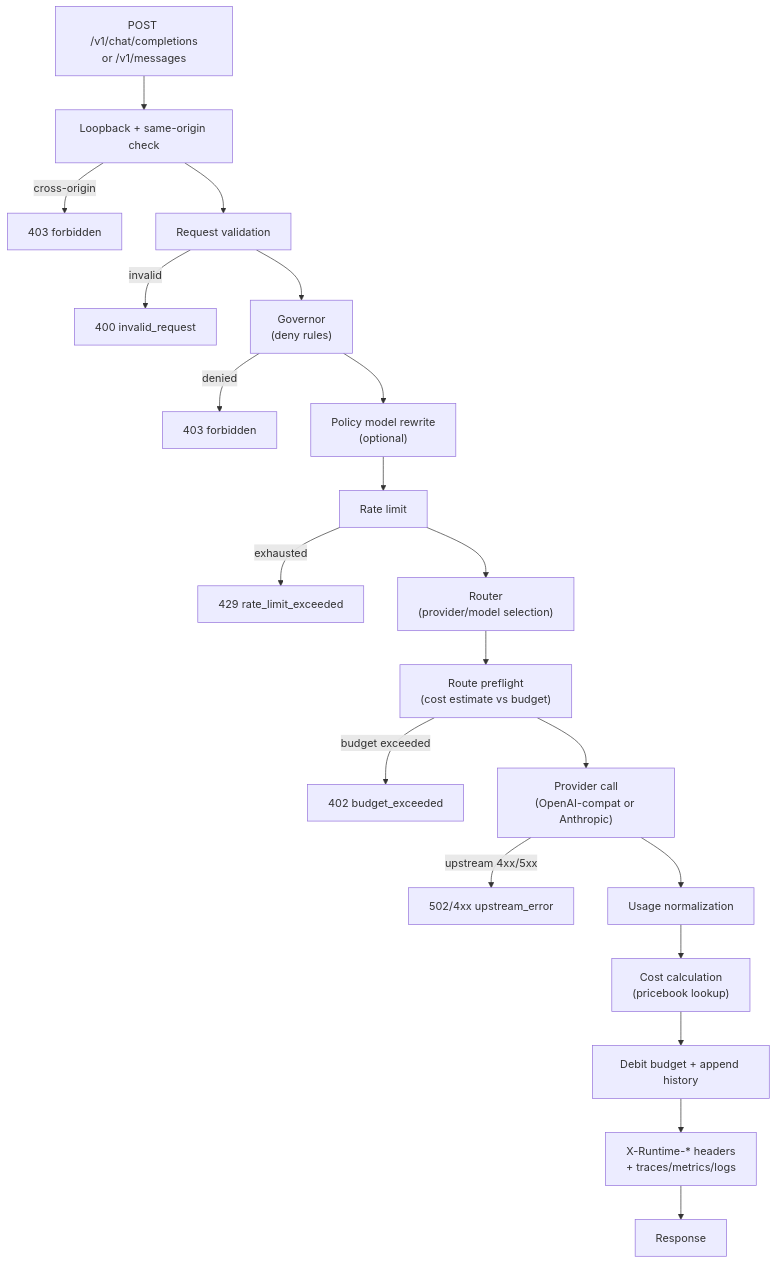
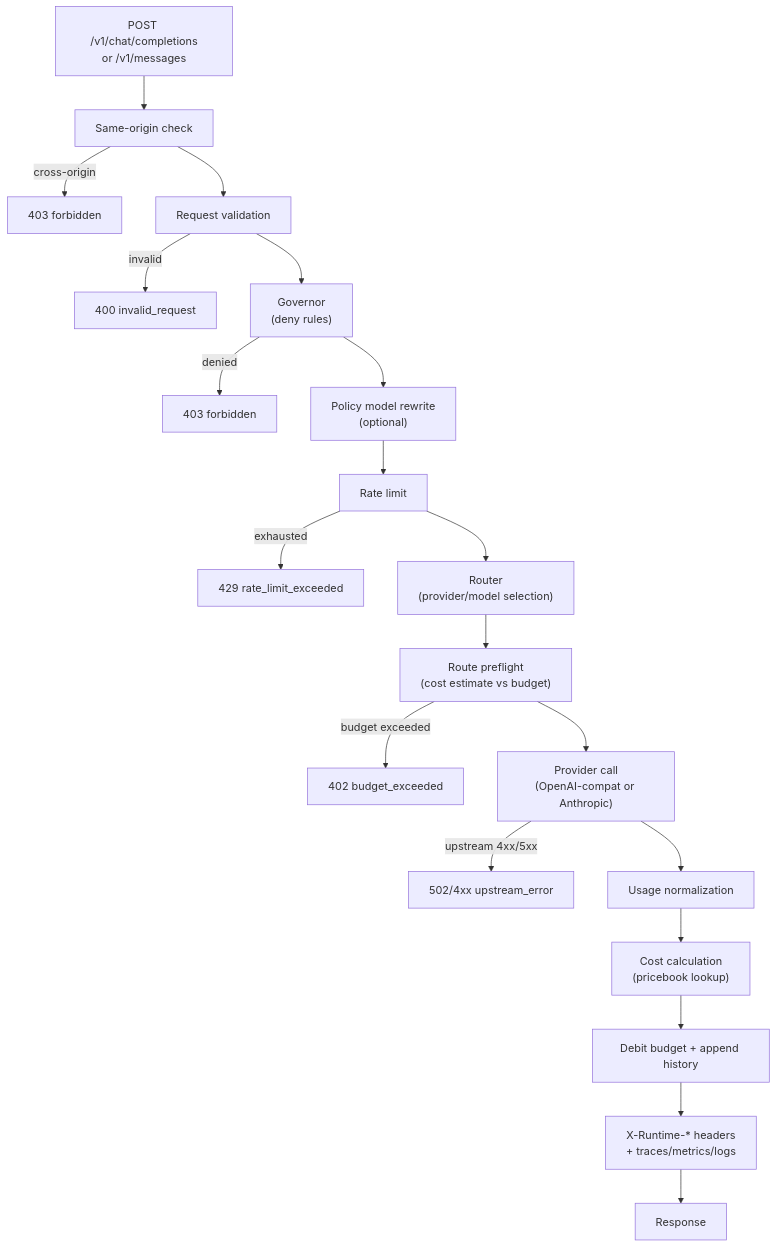
Before and after one commit to hecatehq/hecate: the first of 3 diagrams in docs/architecture.md, drawn with Mermaid. The commit also changed other lines of this file and 12 other files, not shown here.

````diff
--- a/docs/architecture.md
+++ b/docs/architecture.md
@@ -19,22 +19,22 @@
 ```mermaid
 flowchart TD
-    Caller["POST /v1/chat/completions<br/>or /v1/messages"] --> SameOrigin["Loopback + same-origin check"]
+    Caller["POST /v1/chat/completions<br/>or /v1/messages"] --> SameOrigin["Same-origin check"]
     SameOrigin -->|"cross-origin"| ErrOrigin["403 forbidden"]
     SameOrigin --> Validate["Request validation"]
     Validate -->|"invalid"| ErrInvalid["400 invalid_request"]
     Validate --> Governor["Governor<br/>(deny rules)"]
     Governor -->|"denied"| ErrDenied["403 forbidden"]
     Governor --> Rewrite["Policy model rewrite<br/>(optional)"]
     Rewrite --> RateLimit["Rate limit"]
     RateLimit -->|"exhausted"| ErrRateLimit["429 rate_limit_exceeded"]
     RateLimit --> Router["Router<br/>(provider/model selection)"]
     Router --> Preflight["Route preflight<br/>(cost estimate vs budget)"]
     Preflight -->|"budget exceeded"| ErrBudget["402 budget_exceeded"]
     Preflight --> Provider["Provider call<br/>(OpenAI-compat or Anthropic)"]
     Provider -->|"upstream 4xx/5xx"| ErrUpstream["502/4xx upstream_error"]
     Provider --> Usage["Usage normalization"]
     Usage --> Cost["Cost calculation<br/>(pricebook lookup)"]
     Cost --> RecordUsage["Debit budget + append history"]
     RecordUsage --> Telemetry["X-Runtime-* headers<br/>+ traces/metrics/logs"]
     Telemetry --> Response["Response"]
 ```
````
